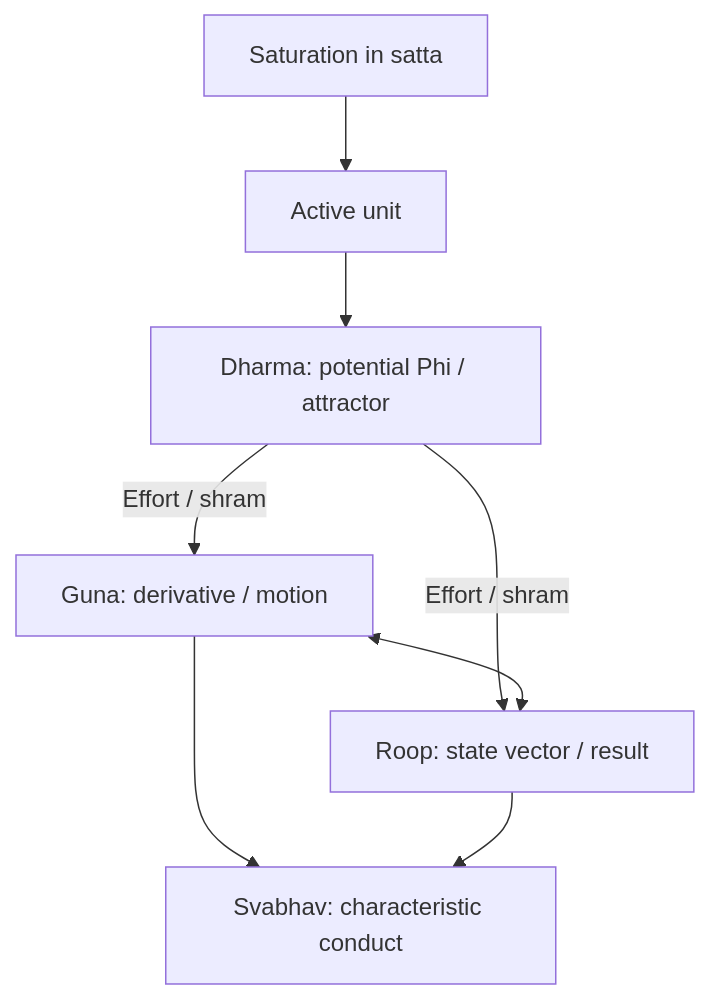
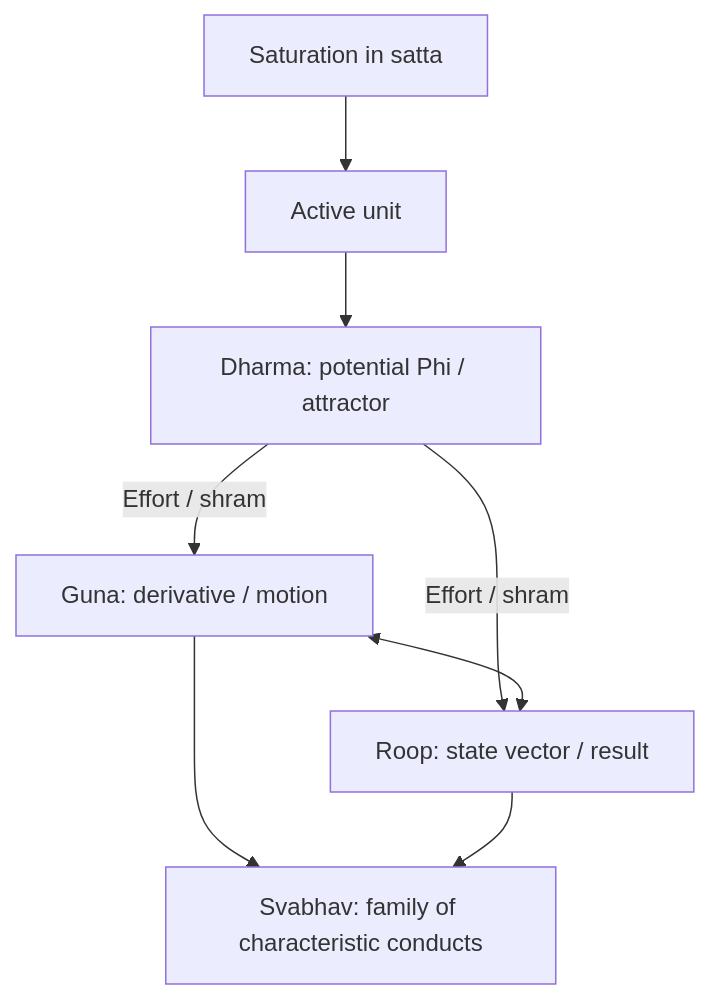
Before and after one commit to raghavamohan/AnalyticMadhyasthDarshan: the first of 4 diagrams in Studies/A-State-Dynamic-Model-Of-Coexistence/A-State-Dynamic-Model-Of-Coexistence.md, drawn with Mermaid. The commit also changed other lines of this file and 12 other files, not shown here.

````diff
--- a/Studies/A-State-Dynamic-Model-Of-Coexistence/A-State-Dynamic-Model-Of-Coexistence.md
+++ b/Studies/A-State-Dynamic-Model-Of-Coexistence/A-State-Dynamic-Model-Of-Coexistence.md
@@ -97,10 +98,10 @@
 ```mermaid
 flowchart TD
     SATTA["Saturation in satta"] --> UNIT["Active unit"]
     UNIT --> DHARMA["Dharma: potential Phi / attractor"]
     DHARMA -->|"Effort / shram"| GUNA["Guna: derivative / motion"]
     DHARMA -->|"Effort / shram"| RUPA["Roop: state vector / result"]
     GUNA <--> RUPA
-    GUNA --> SVABHAV["Svabhav: characteristic conduct"]
+    GUNA --> SVABHAV["Svabhav: family of characteristic conducts"]
     RUPA --> SVABHAV
 ```
````
